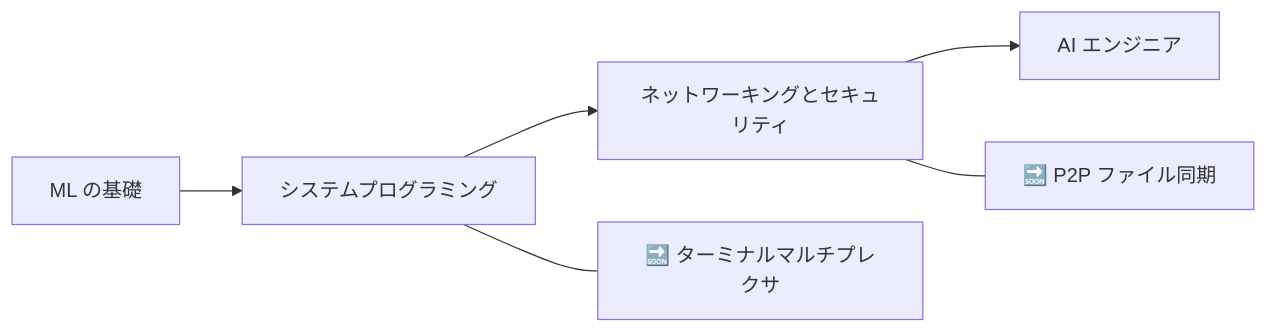
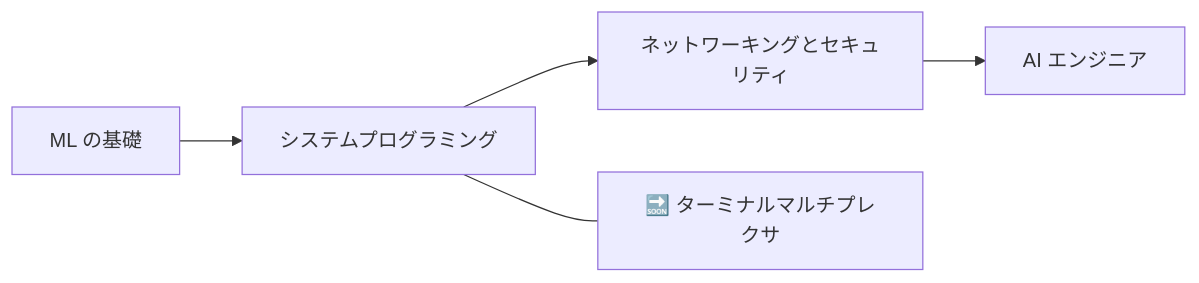
One commit to zuroking/zuroking changed the diagram in README_ja.md. Above: the diagram before and after it, drawn with Mermaid. The commit also changed other lines of this file, not shown here.

````diff
--- a/README_ja.md
+++ b/README_ja.md
@@ -101,9 +102,8 @@
 ```mermaid
 flowchart LR
     A[ML の基礎] --> B[システムプログラミング]
     B --> C[ネットワーキングとセキュリティ]
     C --> D[AI エンジニア]
 
     B --- B1[🔜 ターミナルマルチプレクサ]
-    C --- C2[🔜 P2P ファイル同期]
 ```
````
